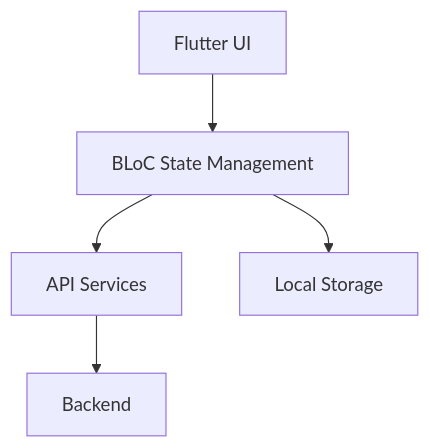
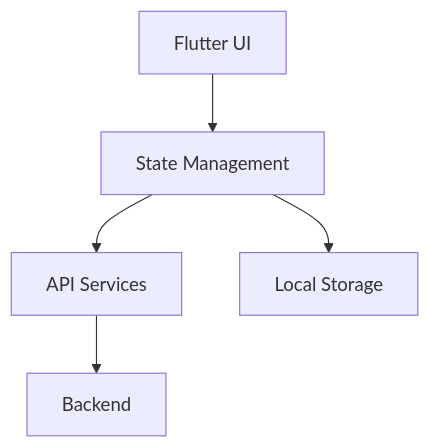
Before and after one commit to Bitochki-s-sirom/first-aid-helper: the second of 2 diagrams in README.md, drawn with Mermaid. The commit also changed other lines of this file and 2 other files, not shown here.

````diff
--- a/README.md
+++ b/README.md
@@ -47,7 +99,7 @@
 ```mermaid
 graph TD
-A[Flutter UI] --> B[BLoC State Management]
+A[Flutter UI] --> B[State Management]
 B --> C[API Services]
 C --> D[Backend]
 B --> E[Local Storage]
 ```
````
